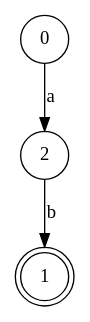
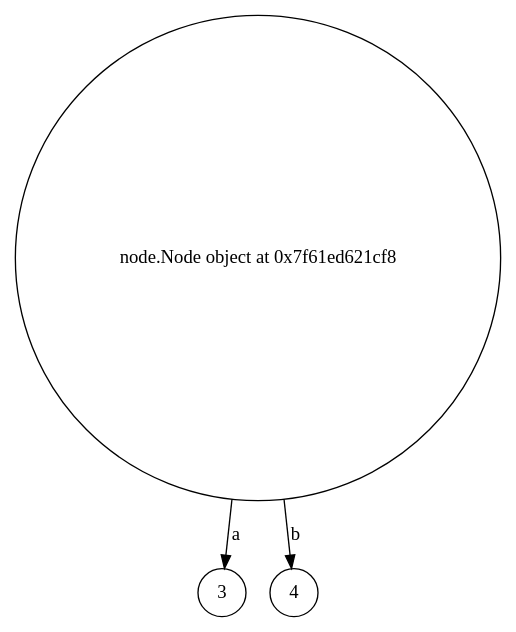
Before and after one commit to igorbragaia/CTC-34: the diagram in projeto_1/test-output/graph.gv, drawn with Graphviz. The commit also changed 4 other files, not shown here.

```diff
--- a/projeto_1/test-output/graph.gv
+++ b/projeto_1/test-output/graph.gv
@@ -1,7 +1,7 @@
 digraph {
-	0 [shape=circle]
-	1 [shape=doublecircle]
-	2 [shape=circle]
-	0 -> 2 [label=a]
-	2 -> 1 [label=b]
+	<node.Node object at 0x7f61ed621cf8> [shape=circle]
+	3 [shape=circle]
+	4 [shape=circle]
+	<node.Node object at 0x7f61ed621cf8> -> 3 [label=a]
+	<node.Node object at 0x7f61ed621cf8> -> 4 [label=b]
 }
```
